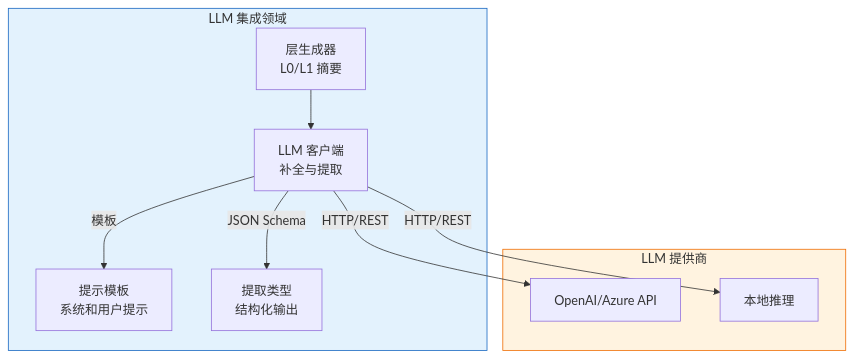
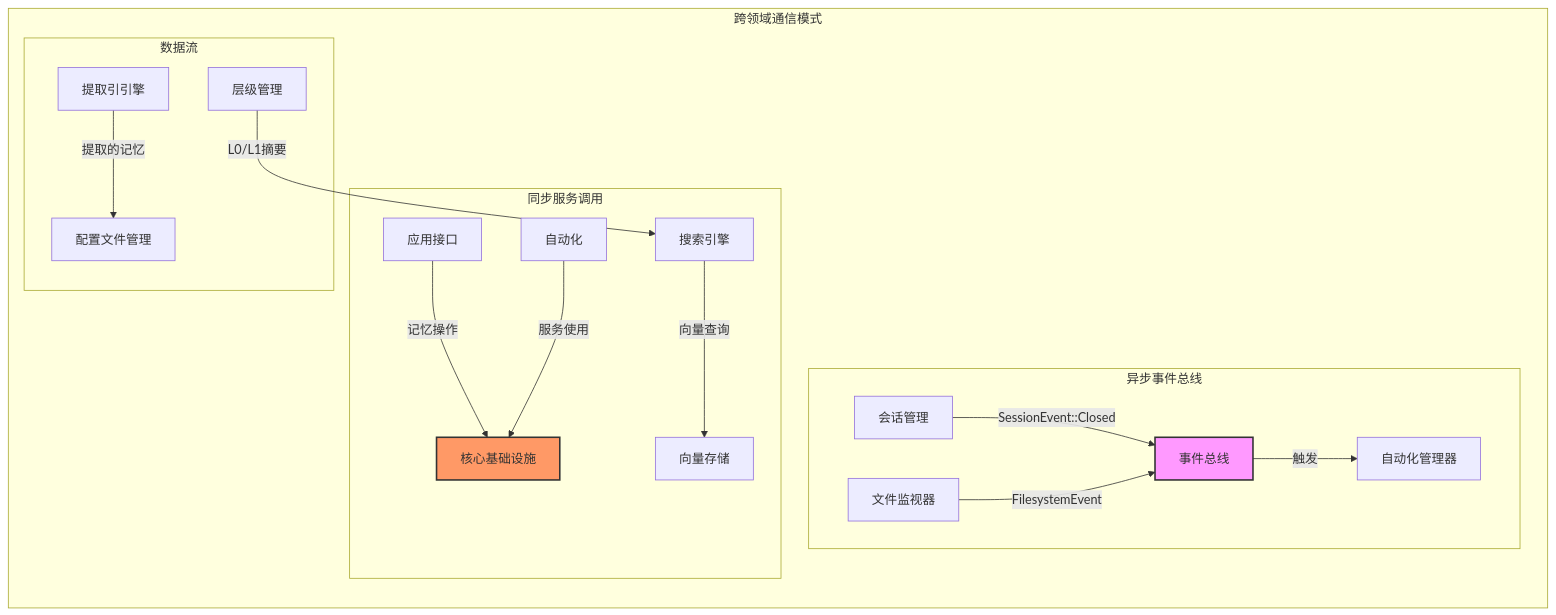
The sixth of 14 diagrams in litho.docs/zh/2、架构概览.md (sopaco/cortex-mem), drawn with Mermaid before and after one commit. The commit also changed other lines of this file and 45 other files, not shown here.

````diff
--- a/litho.docs/zh/2、架构概览.md
+++ b/litho.docs/zh/2、架构概览.md
@@ -461,23 +307,26 @@
 ```mermaid
-flowchart TB
-    subgraph LLMDomain["LLM 集成领域"]
-        Client[LLM 客户端<br/>补全与提取]
-        Prompts[提示模板<br/>系统和用户提示]
-        Layers[层生成器<br/>L0/L1 摘要]
-        Types[提取类型<br/>结构化输出]
+graph LR
+    subgraph Communication["跨领域通信模式"]
+        direction TB
+        
+        subgraph Sync["同步服务调用"]
+            APP[应用接口] -->|记忆操作| CORE[核心基础设施]
+            AUTO[自动化] -->|服务使用| CORE
+            SEARCH[搜索引擎] -->|向量查询| VECTOR[向量存储]
+        end
+        
+        subgraph Async["异步事件总线"]
+            SESSION[会话管理] -->|SessionEvent::Closed| EVENTS[事件总线]
+            WATCHER[文件监视器] -->|FilesystemEvent| EVENTS
+            EVENTS -->|触发| AUTO_MGR[自动化管理器]
+        end
+        
+        subgraph Data["数据流"]
+            EXTRACT[提取引引擎] -->|提取的记忆| PROFILE[配置文件管理]
+            LAYER[层级管理] -->|L0/L1摘要| SEARCH
+        end
     end
     
-    subgraph Provider["LLM 提供商"]
-        OpenAI[OpenAI/Azure API]
-        Local[本地推理]
-    end
-    
-    Client -->|JSON Schema| Types
-    Client -->|模板| Prompts
-    Layers --> Client
-    Client -->|HTTP/REST| OpenAI
-    Client -->|HTTP/REST| Local
-    
-    style LLMDomain fill:#e3f2fd,stroke:#1565c0
-    style Provider fill:#fff3e0,stroke:#ef6c00
+    style EVENTS fill:#f9f,stroke:#333,stroke-width:2px
+    style CORE fill:#f96,stroke:#333,stroke-width:2px
 ```
````
